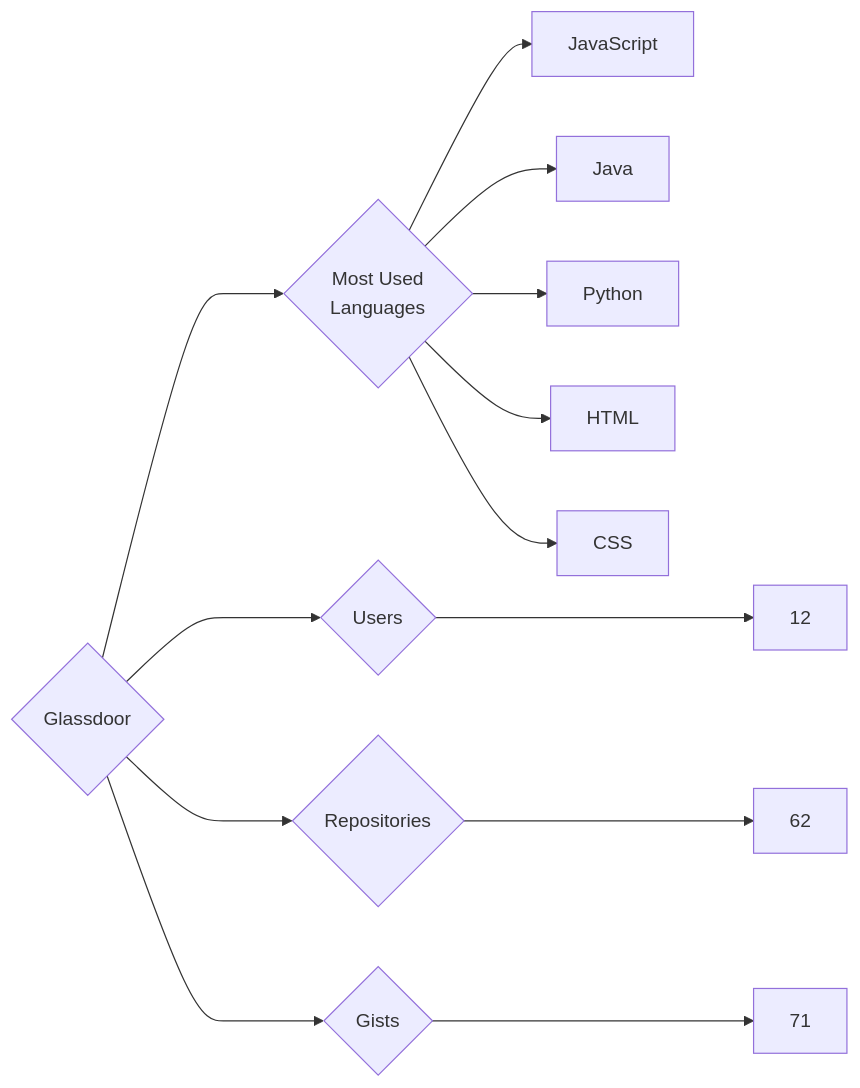
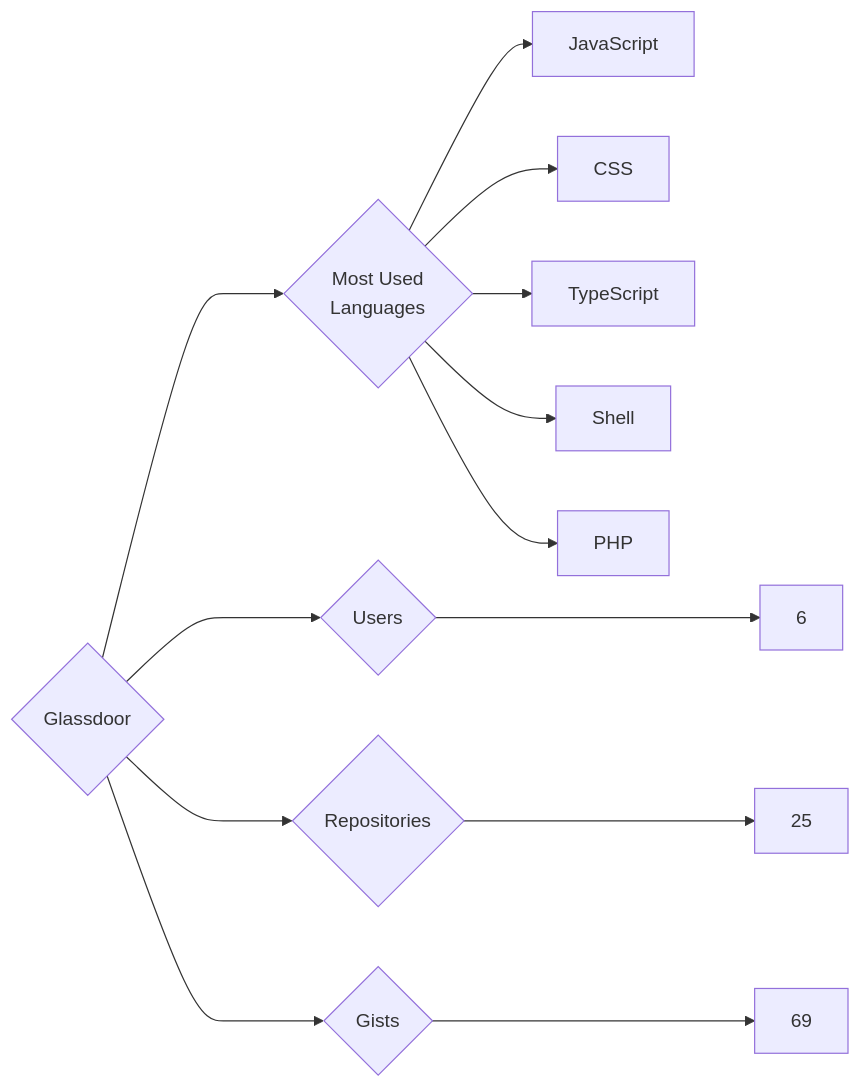
Before and after one commit to trickest/insiders: the diagram in targets/Glassdoor/README.md, drawn with Mermaid. The commit also changed 984 other files, not shown here.

````diff
--- a/targets/Glassdoor/README.md
+++ b/targets/Glassdoor/README.md
@@ -3,13 +3,13 @@
 ```mermaid
 graph LR
 COMPANY_NAME{Glassdoor}
-COMPANY_NAME ---> U{Users} ---> UN[12]
-COMPANY_NAME ---> R{Repositories} ---> RN[62]
-COMPANY_NAME ---> G{Gists} ---> GN[71]
+COMPANY_NAME ---> U{Users} ---> UN[6]
+COMPANY_NAME ---> R{Repositories} ---> RN[25]
+COMPANY_NAME ---> G{Gists} ---> GN[69]
 COMPANY_NAME ---> ML{Most Used<br>Languages}
 ML --> JavaScript[JavaScript]
-ML --> Java[Java]
-ML --> Python[Python]
-ML --> HTML[HTML]
 ML --> CSS[CSS]
+ML --> TypeScript[TypeScript]
+ML --> Shell[Shell]
+ML --> PHP[PHP]
 ```
````
